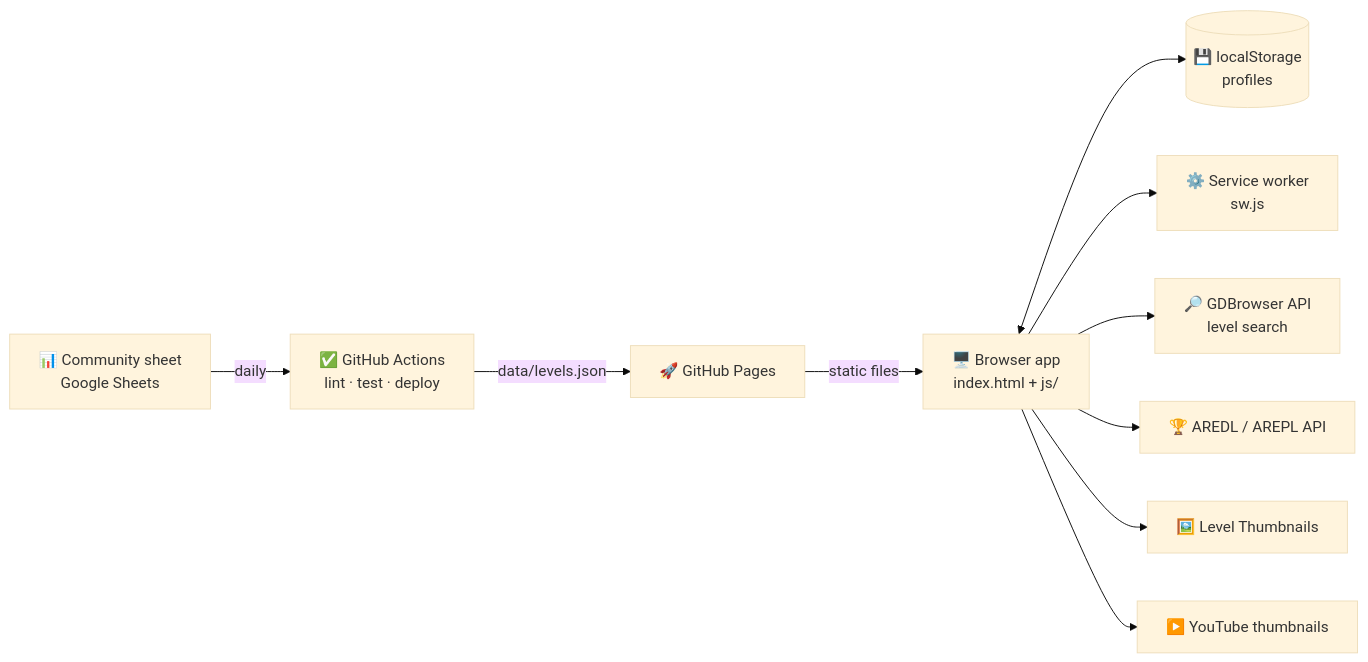
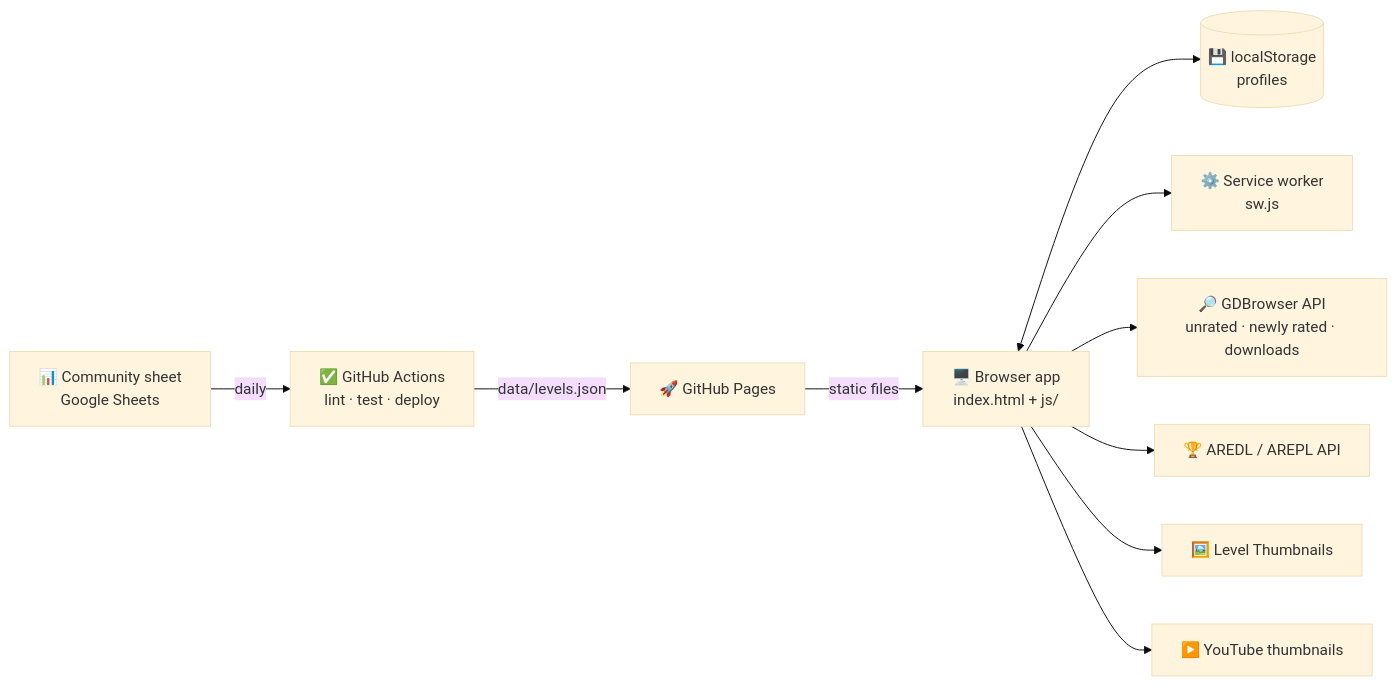
The diagram in README.md (Wal-014/Personal-Progress-List), drawn with Mermaid (base theme) before and after one commit. The commit also changed other lines of this file and 14 other files, not shown here.

First line of the commit message:
Search rated levels from the community sheet and use GDBrowser only for what it lacks

````diff
--- a/README.md
+++ b/README.md
@@ -44,12 +44,12 @@
 ```mermaid
 flowchart LR
     GS["📊 Community sheet<br/>Google Sheets"] -->|daily| CI
     CI["✅ GitHub Actions<br/>lint · test · deploy"] -->|data/levels.json| GH
     GH["🚀 GitHub Pages"] -->|static files| B["🖥️ Browser app<br/>index.html + js/"]
     B <--> LS[("💾 localStorage<br/>profiles")]
     B --> SW["⚙️ Service worker<br/>sw.js"]
-    B --> G["🔎 GDBrowser API<br/>level search"]
+    B --> G["🔎 GDBrowser API<br/>unrated · newly rated · downloads"]
     B --> A["🏆 AREDL / AREPL API"]
     B --> T["🖼️ Level Thumbnails"]
     B --> Y["▶️ YouTube thumbnails"]
 ```
````
